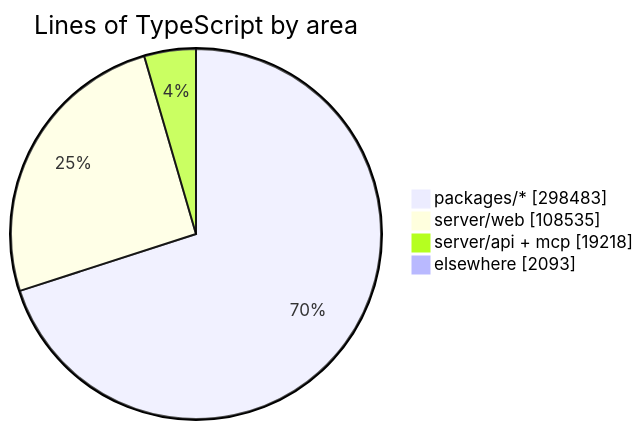
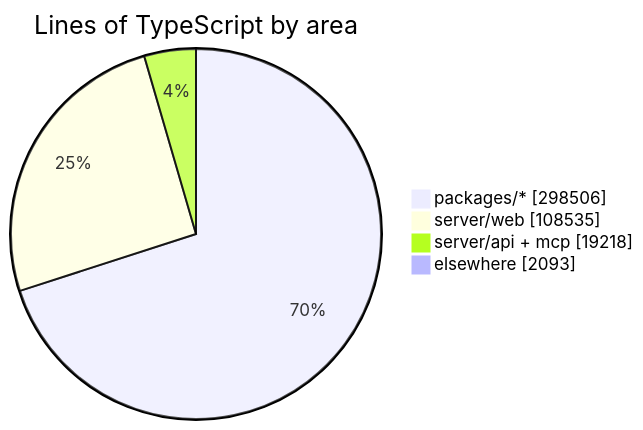
The diagram in README.md (crossworks-engineering/mantle), drawn with Mermaid before and after one commit. The commit also changed other lines of this file and 2 other files, not shown here.

````diff
--- a/README.md
+++ b/README.md
@@ -294,7 +294,7 @@
 ```mermaid
 pie showData title Lines of TypeScript by area
-    "packages/*" : 298483
+    "packages/*" : 298506
     "server/web" : 108535
     "server/api + mcp" : 19218
     "elsewhere" : 2093
 ```
````
